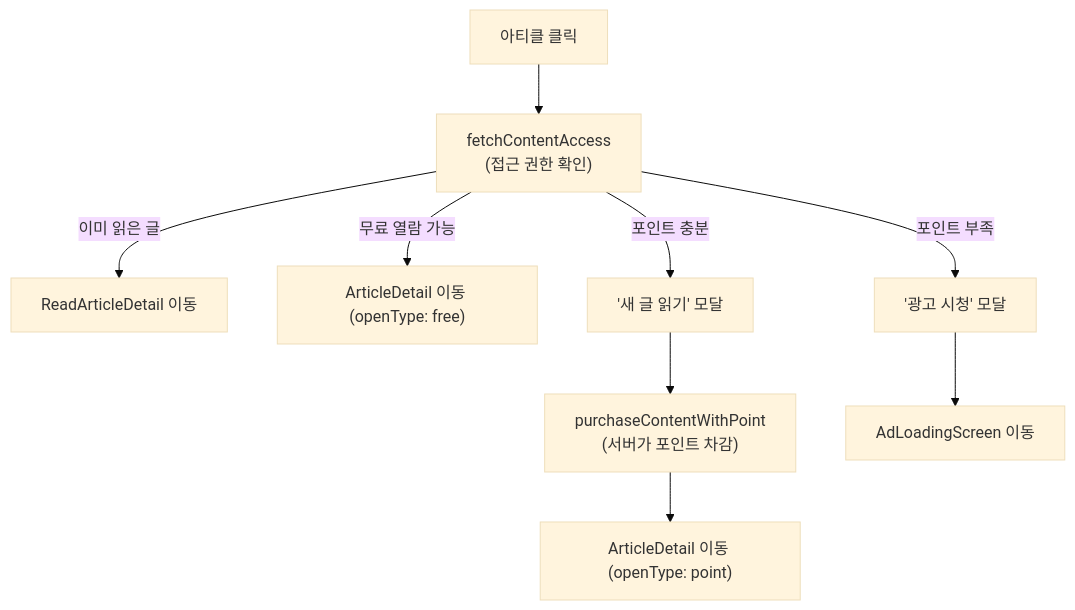
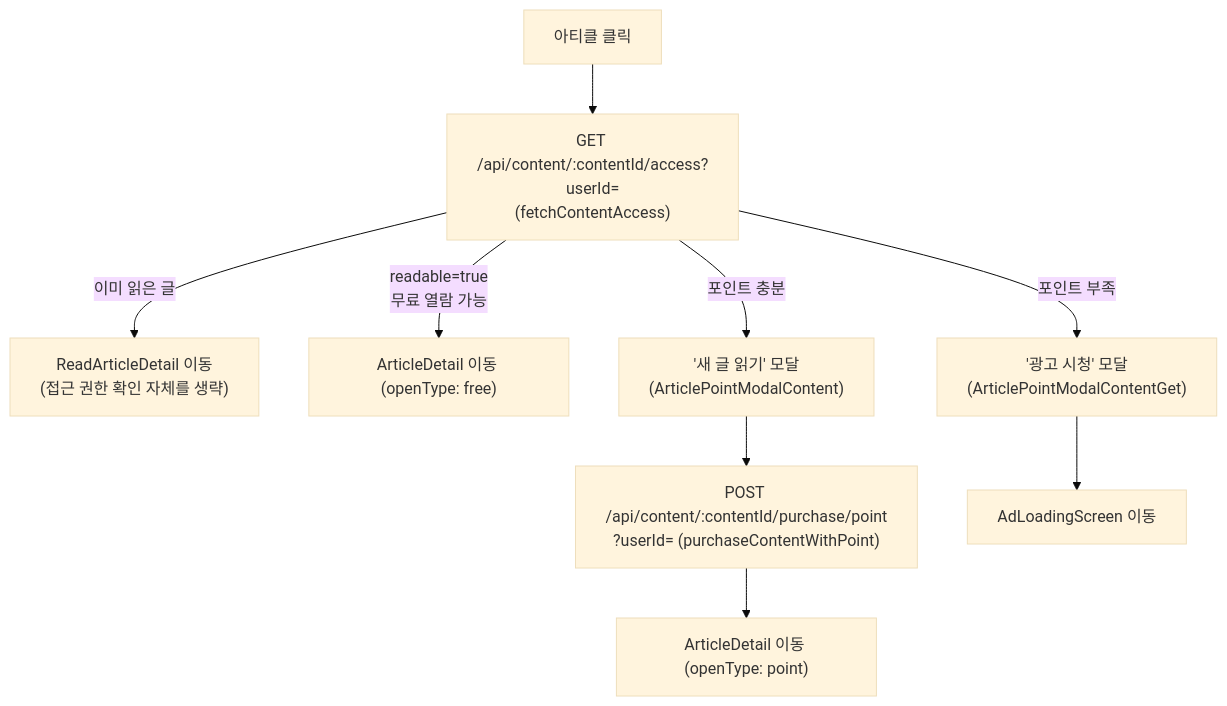
Before and after one commit to SWYP-app-3-10/neurous-client: the fourth of 4 diagrams in docs/POINT_FLOW.md, drawn with Mermaid (base theme). The commit also changed other lines of this file and 2 other files, not shown here.

First line of the commit message:
feat(article): 글 읽기 완료 시 레벨업 UI 지원 및 관련 문서 상세화

````diff
--- a/docs/POINT_FLOW.md
+++ b/docs/POINT_FLOW.md
@@ -42,11 +107,11 @@
 ```mermaid
 flowchart TD
-    Click["아티클 클릭"] --> Access["fetchContentAccess<br/>(접근 권한 확인)"]
-    Access -->|이미 읽은 글| Read["ReadArticleDetail 이동"]
-    Access -->|무료 열람 가능| Free["ArticleDetail 이동 (openType: free)"]
-    Access -->|포인트 충분| PointModal["'새 글 읽기' 모달"]
-    Access -->|포인트 부족| AdModal["'광고 시청' 모달"]
-    PointModal --> Purchase["purchaseContentWithPoint<br/>(서버가 포인트 차감)"]
+    Click["아티클 클릭"] --> Access["GET /api/content/:contentId/access?userId=<br/>(fetchContentAccess)"]
+    Access -->|이미 읽은 글| Read["ReadArticleDetail 이동<br/>(접근 권한 확인 자체를 생략)"]
+    Access -->|readable=true<br/>무료 열람 가능| Free["ArticleDetail 이동 (openType: free)"]
+    Access -->|포인트 충분| PointModal["'새 글 읽기' 모달<br/>(ArticlePointModalContent)"]
+    Access -->|포인트 부족| AdModal["'광고 시청' 모달<br/>(ArticlePointModalContentGet)"]
+    PointModal --> Purchase["POST /api/content/:contentId/purchase/point<br/>?userId= (purchaseContentWithPoint)"]
     Purchase --> Detail["ArticleDetail 이동 (openType: point)"]
     AdModal --> AdLoading["AdLoadingScreen 이동"]
 ```
````
